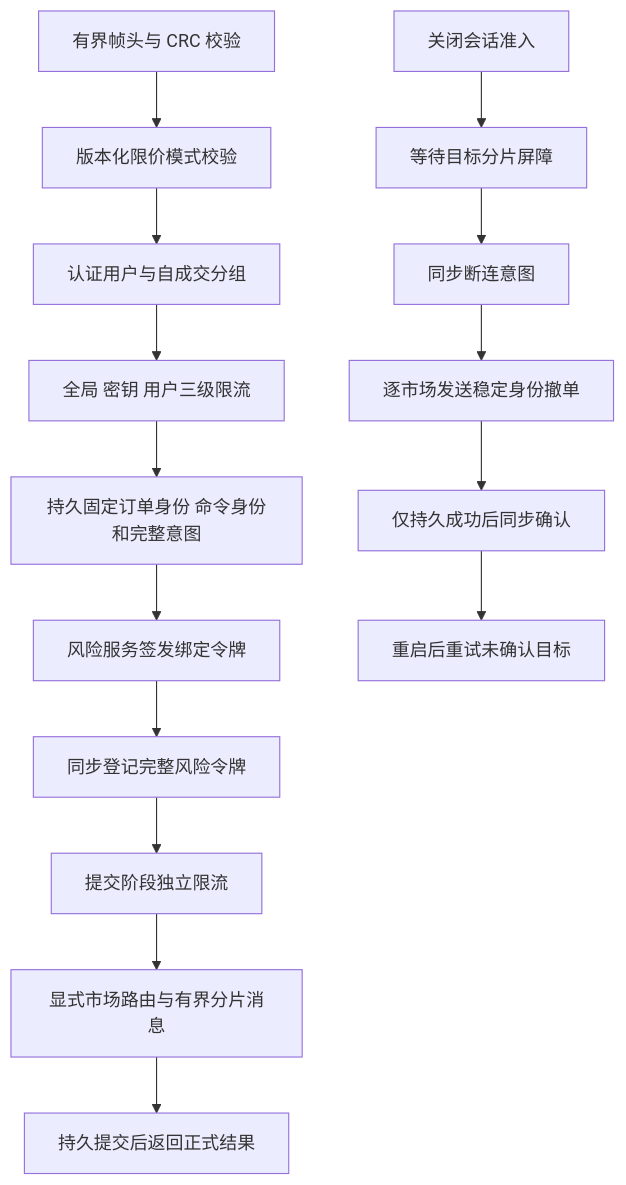
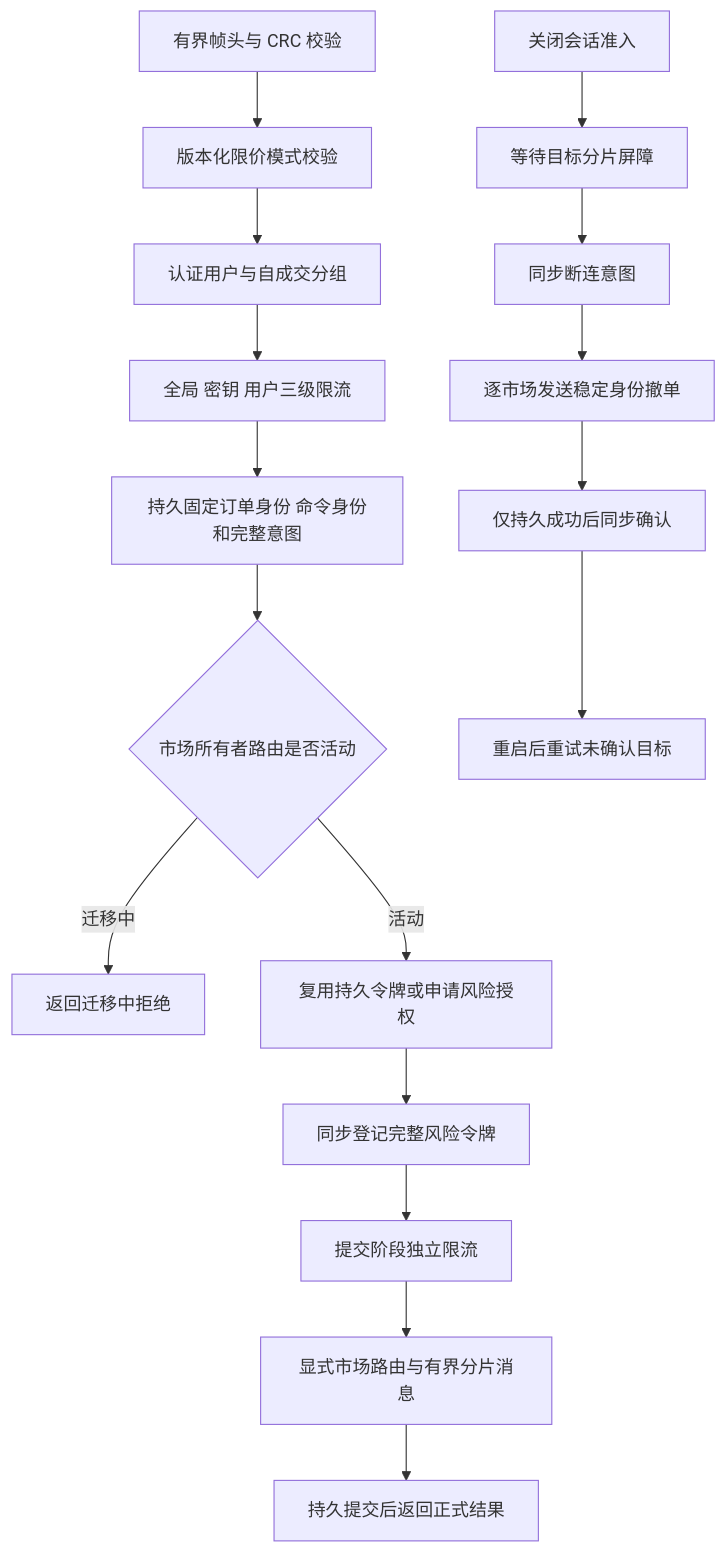
Before and after one commit to YANSHAO0032/tide-matching-engine: the diagram in docs/gateway.md, drawn with Mermaid. The commit also changed other lines of this file and 59 other files, not shown here.

````diff
--- a/docs/gateway.md
+++ b/docs/gateway.md
@@ -5,17 +5,19 @@
 ```mermaid
 flowchart TD
     A[有界帧头与 CRC 校验] --> B[版本化限价模式校验]
     B --> C[认证用户与自成交分组]
     C --> F[全局 密钥 用户三级限流]
     F --> D[持久固定订单身份 命令身份和完整意图]
-    D --> E[风险服务签发绑定令牌]
+    D --> R{市场所有者路由是否活动}
+    R -->|迁移中| X[返回迁移中拒绝]
+    R -->|活动| E[复用持久令牌或申请风险授权]
     E --> E1[同步登记完整风险令牌]
     E1 --> F2[提交阶段独立限流]
     F2 --> G[显式市场路由与有界分片消息]
     G --> H[持久提交后返回正式结果]
     I[关闭会话准入] --> J[等待目标分片屏障]
     J --> K[同步断连意图]
     K --> L[逐市场发送稳定身份撤单]
     L --> M[仅持久成功后同步确认]
     M --> N[重启后重试未确认目标]
 ```
````
